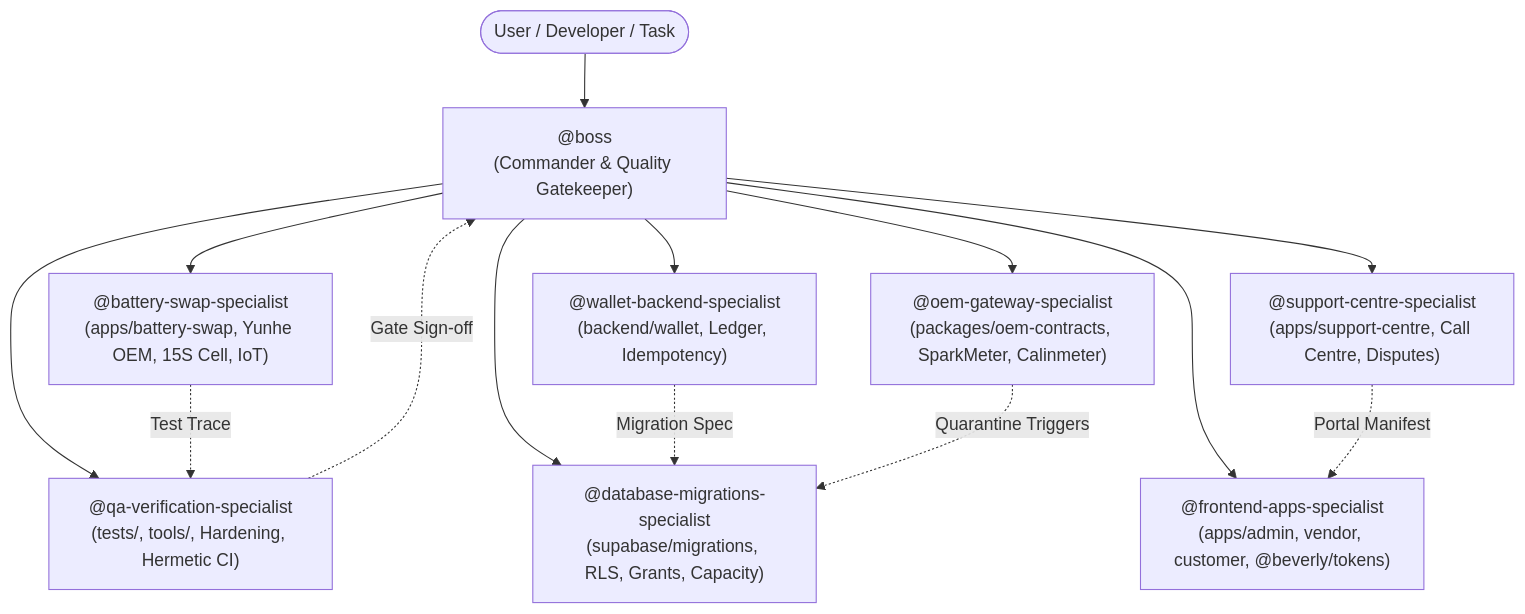
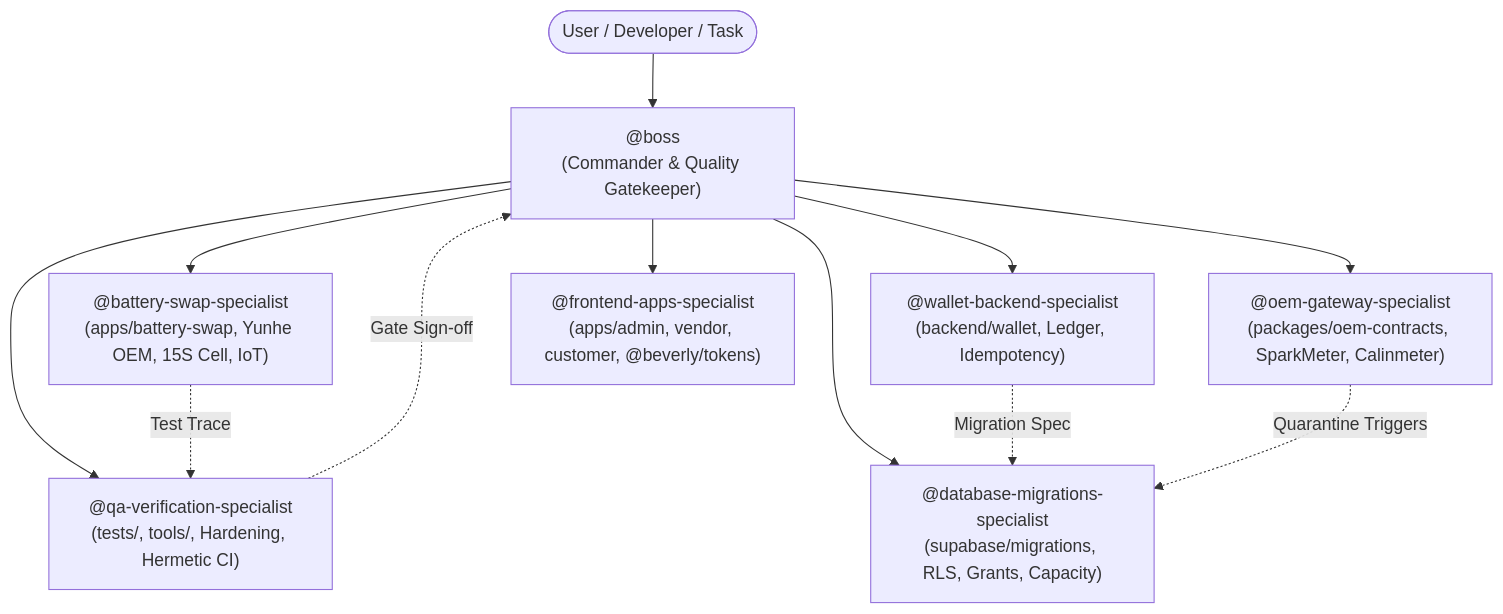
One commit to acob-lighting-technology-limited/beverly changed the diagram in SWARM.md. Above: the diagram before and after it, drawn with Mermaid. The commit also changed other lines of this file and 62 other files, not shown here.

First line of the commit message:
chore: remove support centre app, now the separate Beverly Call project

````diff
--- a/SWARM.md
+++ b/SWARM.md
@@ -15,18 +15,16 @@
 ```mermaid
 graph TD
     User([User / Developer / Task]) --> Boss["@boss<br/>(Commander & Quality Gatekeeper)"]
     
     Boss --> BsvAgent["@battery-swap-specialist<br/>(apps/battery-swap, Yunhe OEM, 15S Cell, IoT)"]
     Boss --> WalletAgent["@wallet-backend-specialist<br/>(backend/wallet, Ledger, Idempotency)"]
     Boss --> OemAgent["@oem-gateway-specialist<br/>(packages/oem-contracts, SparkMeter, Calinmeter)"]
     Boss --> FrontAgent["@frontend-apps-specialist<br/>(apps/admin, vendor, customer, @beverly/tokens)"]
-    Boss --> SuppAgent["@support-centre-specialist<br/>(apps/support-centre, Call Centre, Disputes)"]
     Boss --> DbAgent["@database-migrations-specialist<br/>(supabase/migrations, RLS, Grants, Capacity)"]
     Boss --> QaAgent["@qa-verification-specialist<br/>(tests/, tools/, Hardening, Hermetic CI)"]
 
     BsvAgent -. Test Trace .-> QaAgent
     WalletAgent -. Migration Spec .-> DbAgent
     OemAgent -. Quarantine Triggers .-> DbAgent
-    SuppAgent -. Portal Manifest .-> FrontAgent
     QaAgent -. Gate Sign-off .-> Boss
 ```
````
